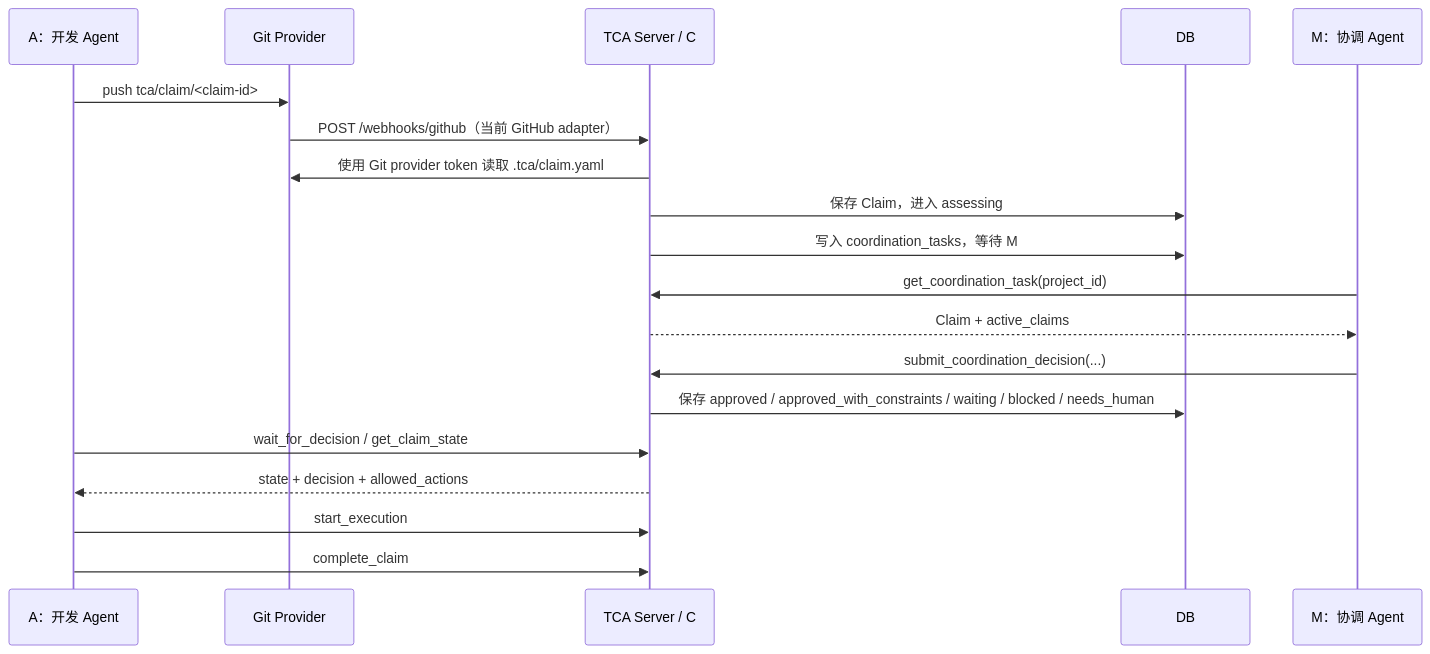
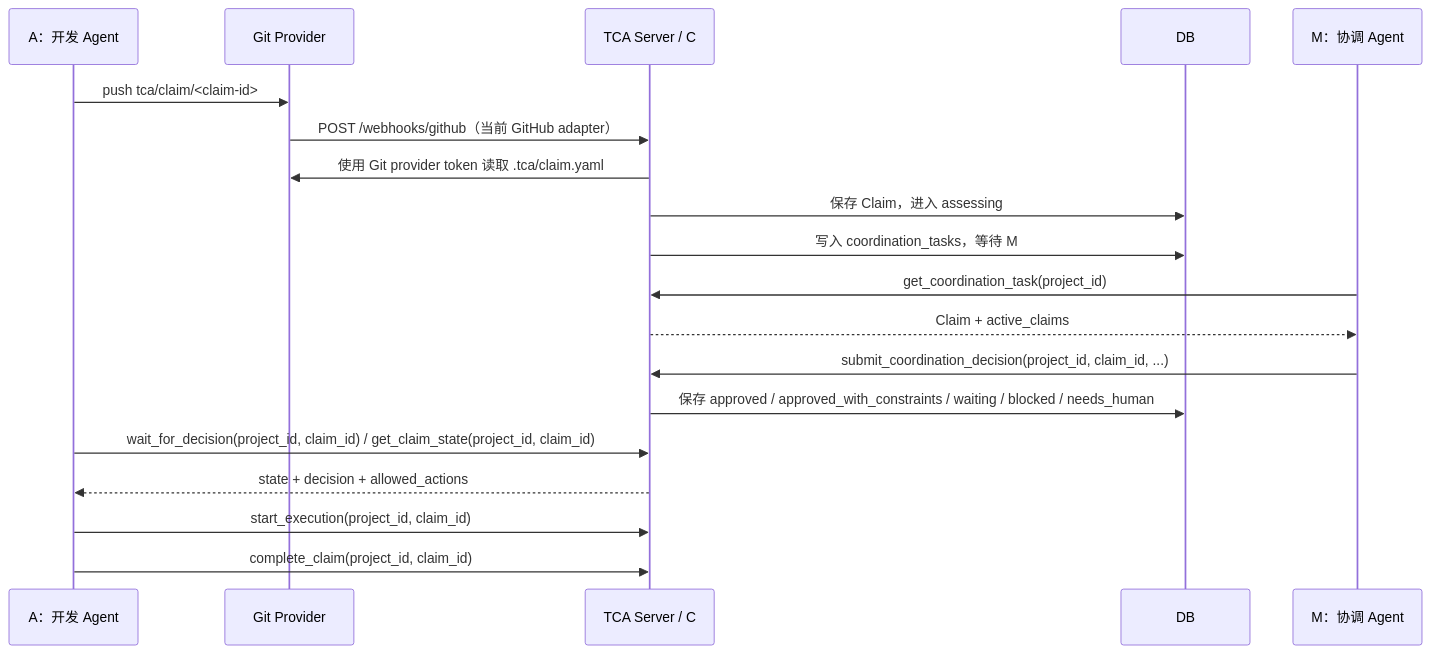
One commit to yigezong/tca changed the second of 3 diagrams in docs/tca-guide.md. Above: the diagram before and after it, drawn with Mermaid. The commit also changed other lines of this file and 13 other files, not shown here.

````diff
--- a/docs/tca-guide.md
+++ b/docs/tca-guide.md
@@ -55,22 +55,22 @@
 ```mermaid
 sequenceDiagram
     participant A as A：开发 Agent
     participant Git as Git Provider
     participant C as TCA Server / C
     participant DB as DB
     participant M as M：协调 Agent
 
     A->>Git: push tca/claim/<claim-id>
     Git->>C: POST /webhooks/github（当前 GitHub adapter）
     C->>Git: 使用 Git provider token 读取 .tca/claim.yaml
     C->>DB: 保存 Claim，进入 assessing
     C->>DB: 写入 coordination_tasks，等待 M
     M->>C: get_coordination_task(project_id)
     C-->>M: Claim + active_claims
-    M->>C: submit_coordination_decision(...)
+    M->>C: submit_coordination_decision(project_id, claim_id, ...)
     C->>DB: 保存 approved / approved_with_constraints / waiting / blocked / needs_human
-    A->>C: wait_for_decision / get_claim_state
+    A->>C: wait_for_decision(project_id, claim_id) / get_claim_state(project_id, claim_id)
     C-->>A: state + decision + allowed_actions
-    A->>C: start_execution
-    A->>C: complete_claim
+    A->>C: start_execution(project_id, claim_id)
+    A->>C: complete_claim(project_id, claim_id)
 ```
````
